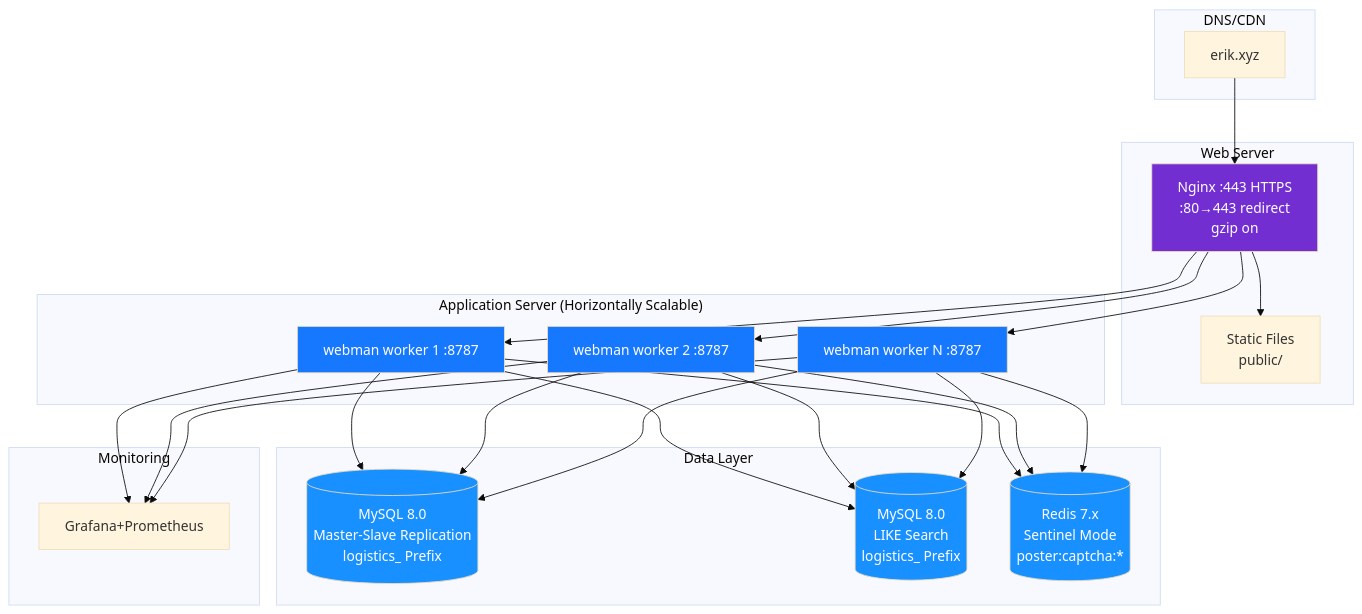
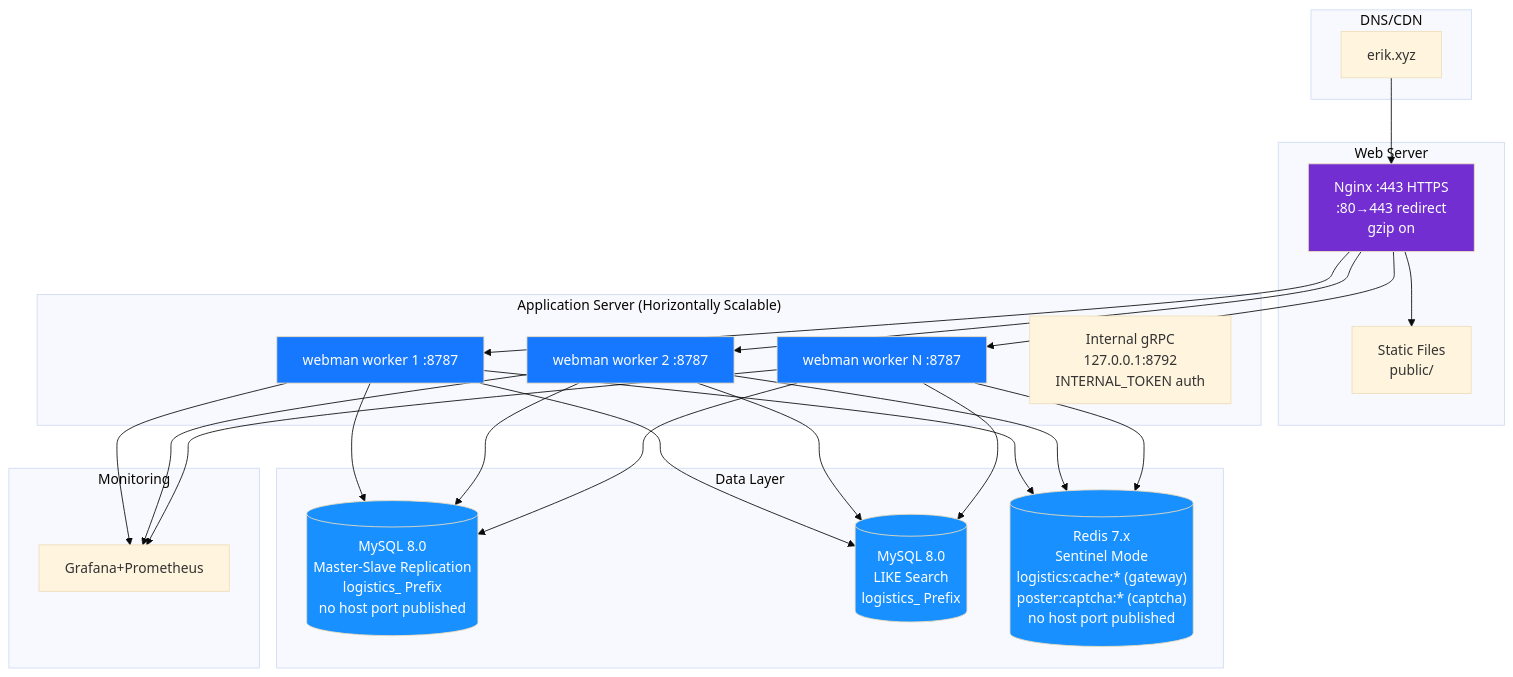
The diagram in admin/docs/diagrams/12-deployment.en.md (erikwang2013/integrated-global-logistics), drawn with Mermaid (base theme) before and after one commit. The commit also changed other lines of this file and 88 other files, not shown here.

````diff
--- a/admin/docs/diagrams/12-deployment.en.md
+++ b/admin/docs/diagrams/12-deployment.en.md
@@ -7,45 +7,46 @@
 ```mermaid
 flowchart TB
     subgraph dns["DNS/CDN"]
         domain["erik.xyz"]
     end
 
     subgraph web["Web Server"]
         nginx["Nginx :443 HTTPS<br/>:80→443 redirect<br/>gzip on"]
         static["Static Files<br/>public/"]
     end
 
     subgraph app["Application Server (Horizontally Scalable)"]
         wm1["webman worker 1 :8787"]
         wm2["webman worker 2 :8787"]
         wm3["webman worker N :8787"]
+        grpc["Internal gRPC<br/>127.0.0.1:8792<br/>INTERNAL_TOKEN auth"]
     end
 
     subgraph data["Data Layer"]
-        mysql[("MySQL 8.0<br/>Master-Slave Replication<br/>logistics_ Prefix")]
+        mysql[("MySQL 8.0<br/>Master-Slave Replication<br/>logistics_ Prefix<br/>no host port published")]
         es[("MySQL 8.0<br/>LIKE Search<br/>logistics_ Prefix")]
-        redis[("Redis 7.x<br/>Sentinel Mode<br/>poster:captcha:*")]
+        redis[("Redis 7.x<br/>Sentinel Mode<br/>logistics:cache:* (gateway)<br/>poster:captcha:* (captcha)<br/>no host port published")]
     end
 
     subgraph monitor["Monitoring"]
         grafana["Grafana+Prometheus"]
     end
 
     domain --> nginx
     nginx --> static
     nginx --> wm1
     nginx --> wm2
     nginx --> wm3
     wm1 & wm2 & wm3 --> mysql
     wm1 & wm2 & wm3 --> es
     wm1 & wm2 & wm3 --> redis
     wm1 & wm2 & wm3 --> grafana
 
     style nginx fill:#722ED1,color:#fff
     style wm1 fill:#1677FF,color:#fff
     style wm2 fill:#1677FF,color:#fff
     style wm3 fill:#1677FF,color:#fff
     style mysql fill:#1890FF,color:#fff
     style es fill:#1890FF,color:#fff
     style redis fill:#1890FF,color:#fff
 ```
````
